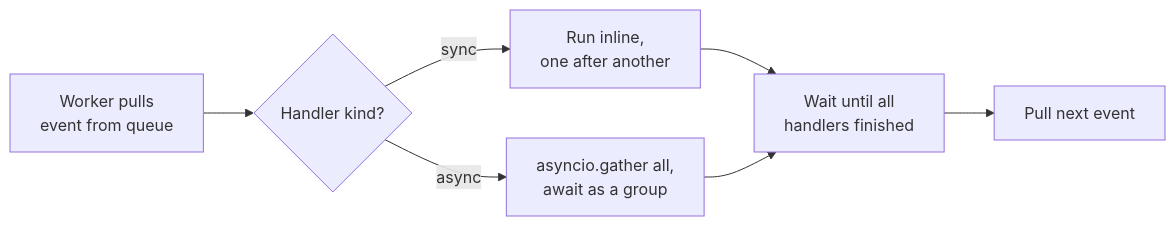
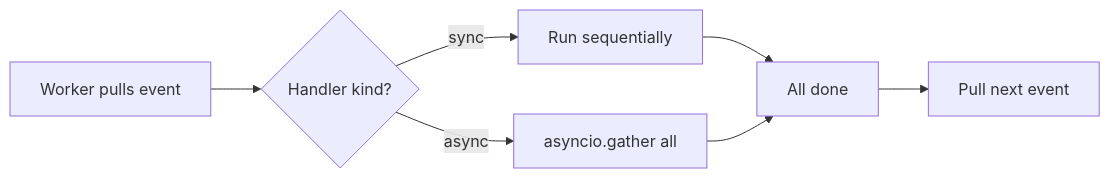
Before and after one commit to rick12000/vocalance: the second of 2 diagrams in docs/developer/foundations/event_bus.rst, drawn with Mermaid. The commit also changed other lines of this file and 30 other files, not shown here.

```diff
--- a/docs/developer/foundations/event_bus.rst
+++ b/docs/developer/foundations/event_bus.rst
@@ -68,9 +102,9 @@
 .. mermaid::
 
    flowchart LR
-       Worker[Worker pulls<br/>event from queue] --> Split{Handler kind?}
-       Split -->|sync| Sync[Run inline,<br/>one after another]
-       Split -->|async| Async[asyncio.gather all,<br/>await as a group]
-       Sync --> Done[Wait until all<br/>handlers finished]
+       Worker[Worker pulls event] --> Split{Handler kind?}
+       Split -->|sync| Sync[Run sequentially]
+       Split -->|async| Async[asyncio.gather all]
+       Sync --> Done[All done]
        Async --> Done
        Done --> Next[Pull next event]
```
